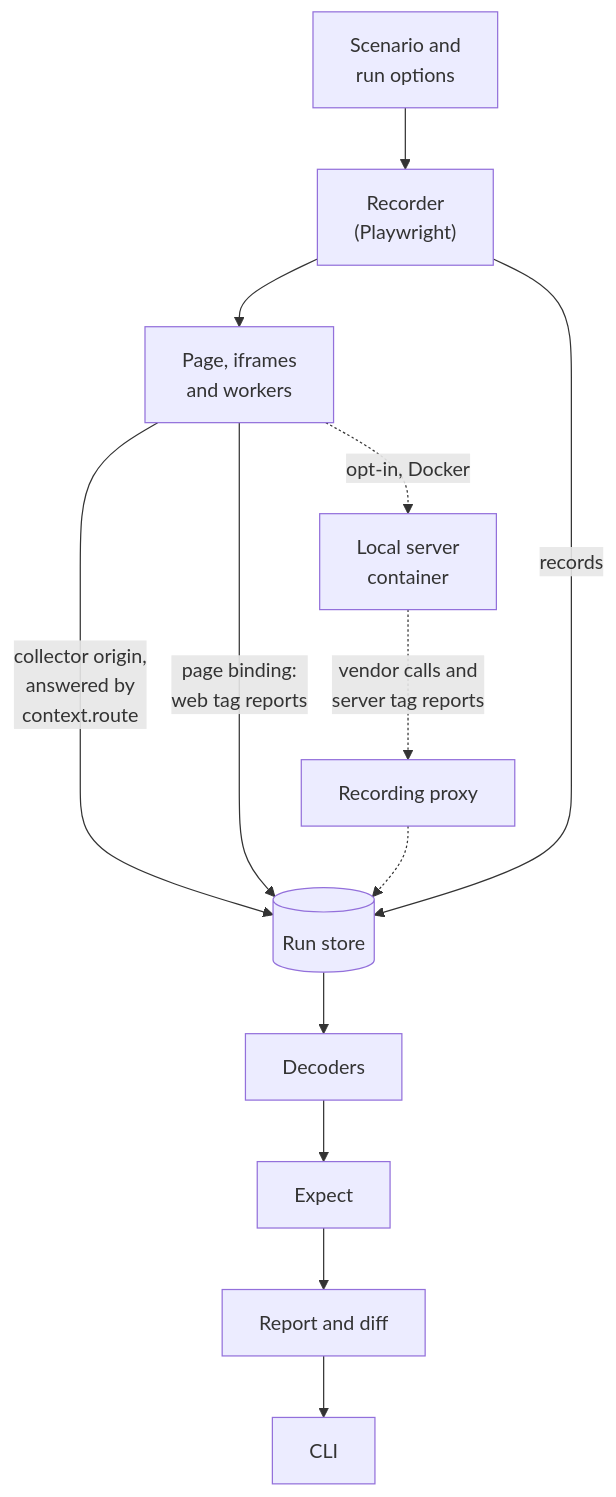
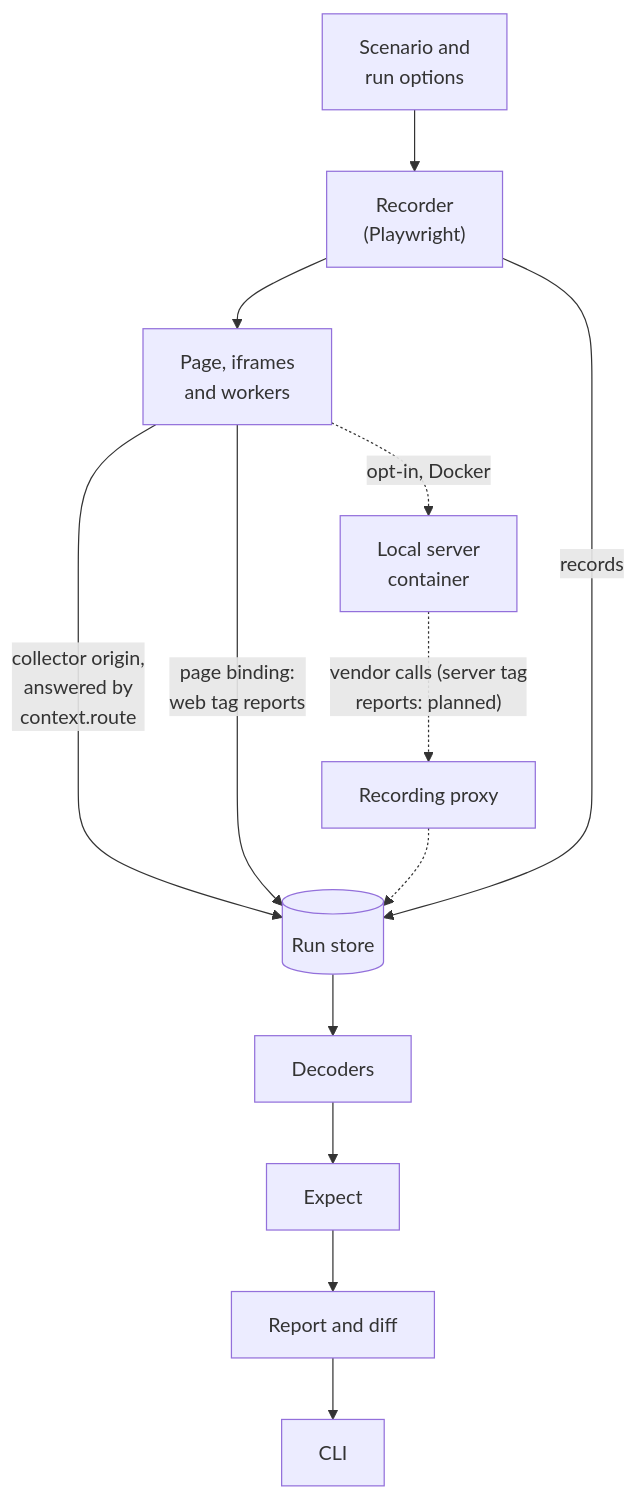
The first of 2 diagrams in docs/design.md (alfhen/pingwright), drawn with Mermaid before and after one commit. The commit also changed other lines of this file and 5 other files, not shown here.

````diff
--- a/docs/design.md
+++ b/docs/design.md
@@ -40,15 +40,15 @@
 ```mermaid
 flowchart TB
   input["Scenario and<br/>run options"] --> recorder["Recorder<br/>(Playwright)"]
   recorder --> page["Page, iframes<br/>and workers"]
   page -->|"collector origin,<br/>answered by<br/>context.route"| store[("Run store")]
   recorder -->|records| store
   page -->|"page binding:<br/>web tag reports"| store
   page -.->|"opt-in, Docker"| local["Local server<br/>container"]
-  local -.->|"vendor calls and<br/>server tag reports"| proxy["Recording proxy"]
+  local -.->|"vendor calls (server tag<br/>reports: planned)"| proxy["Recording proxy"]
   proxy -.-> store
   store --> decoders["Decoders"]
   decoders --> expect["Expect"]
   expect --> report["Report and diff"]
   report --> front["CLI"]
 ```
````
